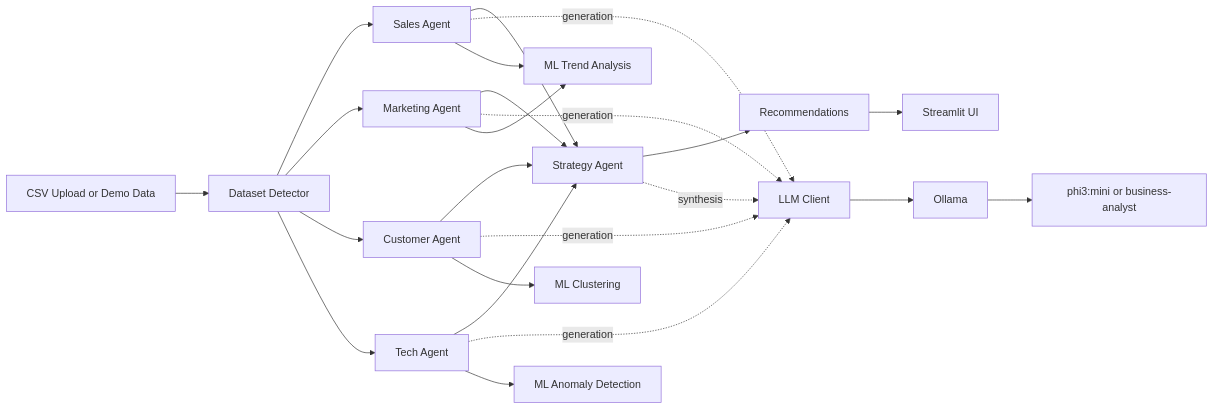
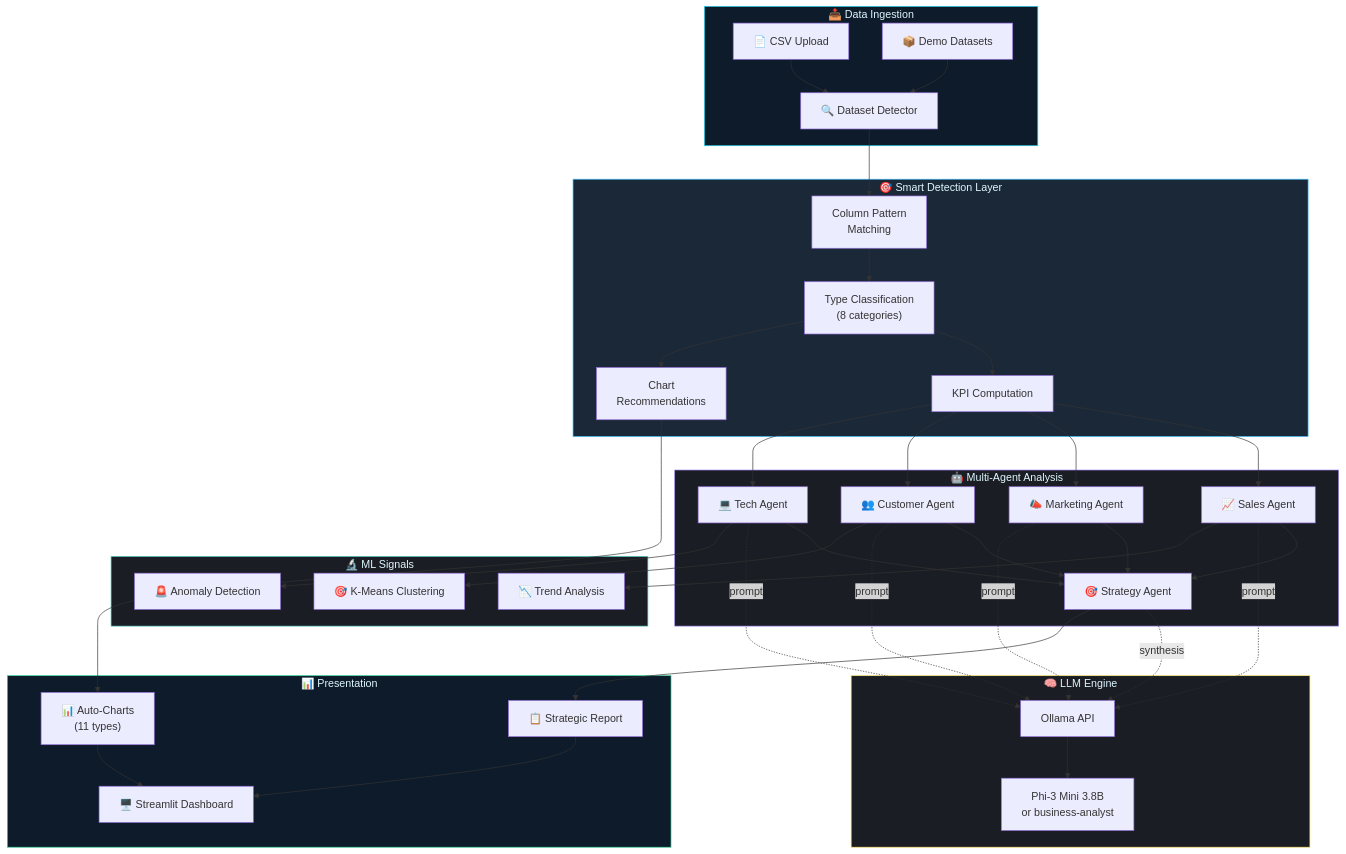
The first of 5 diagrams in README.md (HeshamXOR/BuisnessBI), drawn with Mermaid before and after one commit. The commit also changed other lines of this file and 5 other files, not shown here.

````diff
--- a/README.md
+++ b/README.md
@@ -19,30 +64,54 @@
 ```mermaid
-flowchart LR
-    A[CSV Upload or Demo Data] --> B[Dataset Detector]
-    B --> C1[Sales Agent]
-    B --> C2[Marketing Agent]
-    B --> C3[Customer Agent]
-    B --> C4[Tech Agent]
+flowchart TB
+    subgraph INPUT ["📥 Data Ingestion"]
+        A1["📄 CSV Upload"] --> B["🔍 Dataset Detector"]
+        A2["📦 Demo Datasets"] --> B
+    end
 
-    C1 --> D[Strategy Agent]
-    C2 --> D
-    C3 --> D
-    C4 --> D
+    subgraph DETECTION ["🎯 Smart Detection Layer"]
+        B --> B1["Column Pattern<br/>Matching"]
+        B1 --> B2["Type Classification<br/>(8 categories)"]
+        B2 --> B3["KPI Computation"]
+        B2 --> B4["Chart<br/>Recommendations"]
+    end
 
-    D --> E[Recommendations]
-    E --> F[Streamlit UI]
+    subgraph AGENTS ["🤖 Multi-Agent Analysis"]
+        B3 --> C1["📈 Sales Agent"]
+        B3 --> C2["📣 Marketing Agent"]
+        B3 --> C3["👥 Customer Agent"]
+        B3 --> C4["💻 Tech Agent"]
+        C1 --> D["🎯 Strategy Agent"]
+        C2 --> D
+        C3 --> D
+        C4 --> D
+    end
 
-    C1 -. generation .-> G[LLM Client]
-    C2 -. generation .-> G
-    C3 -. generation .-> G
-    C4 -. generation .-> G
-    D  -. synthesis .-> G
+    subgraph LLM_LAYER ["🧠 LLM Engine"]
+        C1 -. "prompt" .-> G["Ollama API"]
+        C2 -. "prompt" .-> G
+        C3 -. "prompt" .-> G
+        C4 -. "prompt" .-> G
+        D  -. "synthesis" .-> G
+        G --> H["Phi-3 Mini 3.8B<br/>or business-analyst"]
+    end
 
-    G --> H[Ollama]
-    H --> I[phi3:mini or business-analyst]
+    subgraph ML ["🔬 ML Signals"]
+        C1 --> L["📉 Trend Analysis"]
+        C3 --> J["🎯 K-Means Clustering"]
+        C4 --> K["🚨 Anomaly Detection"]
+    end
 
-    C3 --> J[ML Clustering]
-    C4 --> K[ML Anomaly Detection]
-    C1 --> L[ML Trend Analysis]
-    C2 --> L
+    subgraph OUTPUT ["📊 Presentation"]
+        D --> E["📋 Strategic Report"]
+        B4 --> F["📊 Auto-Charts<br/>(11 types)"]
+        E --> UI["🖥️ Streamlit Dashboard"]
+        F --> UI
+    end
+
+    style INPUT fill:#0d1b2a,stroke:#22d3ee,color:#e0f7ff
+    style DETECTION fill:#1b2838,stroke:#38bdf8,color:#e0f7ff
+    style AGENTS fill:#1a1d23,stroke:#a78bfa,color:#e0f7ff
+    style LLM_LAYER fill:#1a1d23,stroke:#ffe66d,color:#e0f7ff
+    style ML fill:#1a1d23,stroke:#4ecdc4,color:#e0f7ff
+    style OUTPUT fill:#0d1b2a,stroke:#34d399,color:#e0f7ff
 ```
````
